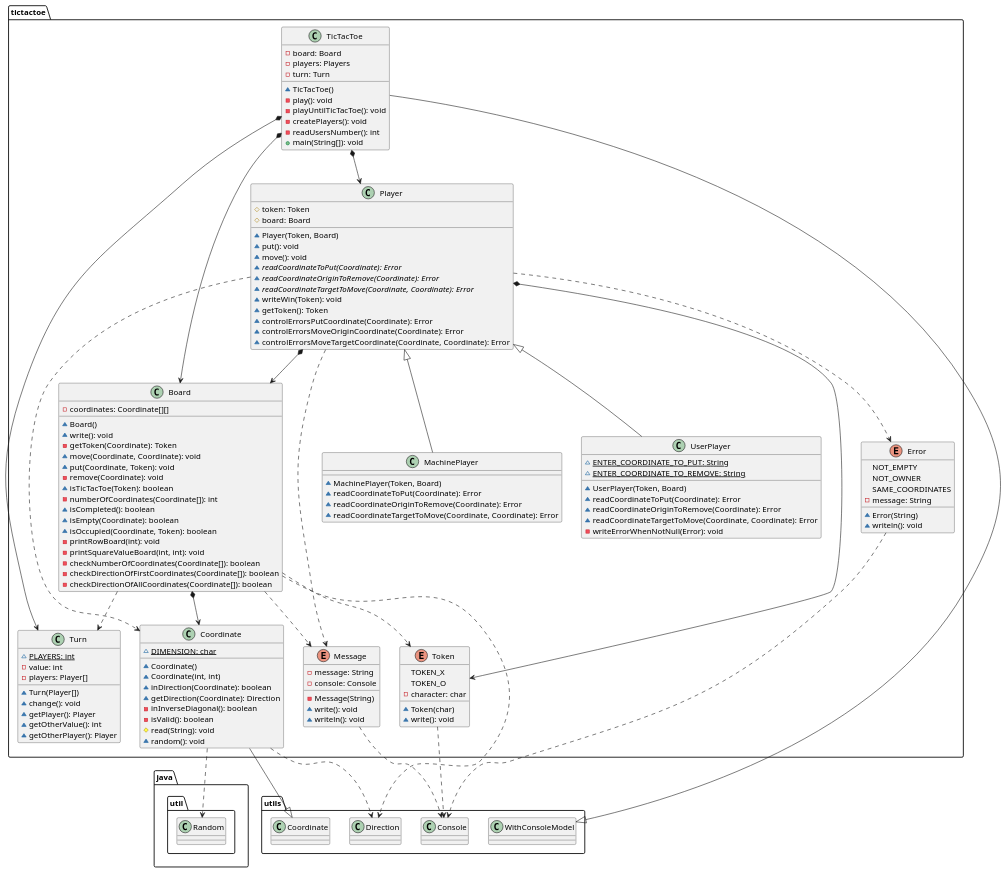
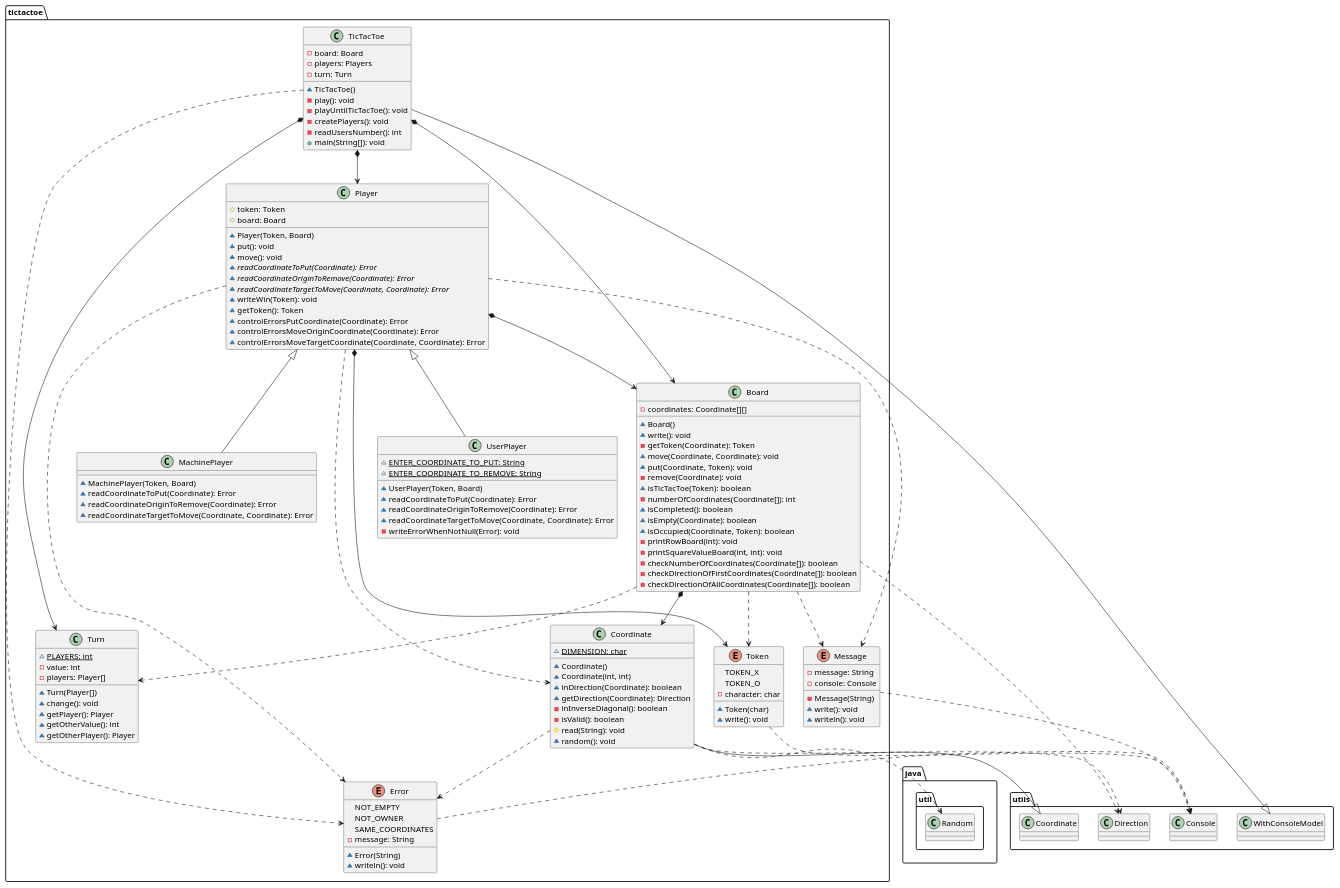
One commit to x-USantaTecla-game-ticTacToe/java changed the second of 4 diagrams in docs/src/docs/asciidoc/index.adoc. Above: the diagram before and after it, drawn with PlantUML. The commit also changed 4 other files, not shown here.

```diff
--- a/docs/src/docs/asciidoc/index.adoc
+++ b/docs/src/docs/asciidoc/index.adoc
@@ -87,6 +87,7 @@
 ~ random(): void
 }
 utils.Coordinate <|-down- tictactoe.Coordinate
+tictactoe.Coordinate ..> tictactoe.Error
 tictactoe.Coordinate ..> utils.Direction
 tictactoe.Coordinate ..> java.util.Random
 
@@ -150,6 +151,7 @@
 + main(String[]): void
 }
 utils.WithConsoleModel <|-down- tictactoe.TicTacToe
+tictactoe.TicTacToe ..> tictactoe.Error
 tictactoe.TicTacToe *-down-> tictactoe.Board
 tictactoe.TicTacToe *-down-> tictactoe.Player
 tictactoe.TicTacToe *-down-> tictactoe.Turn
```
